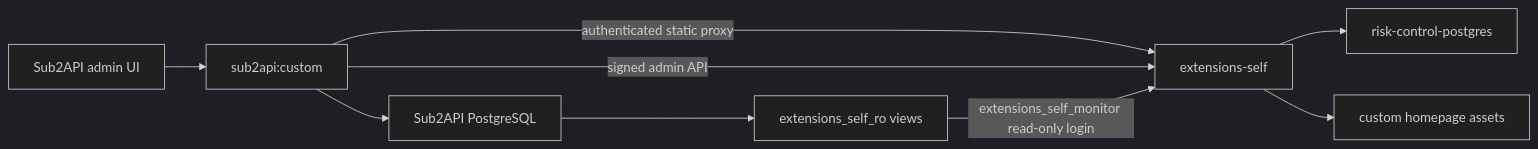
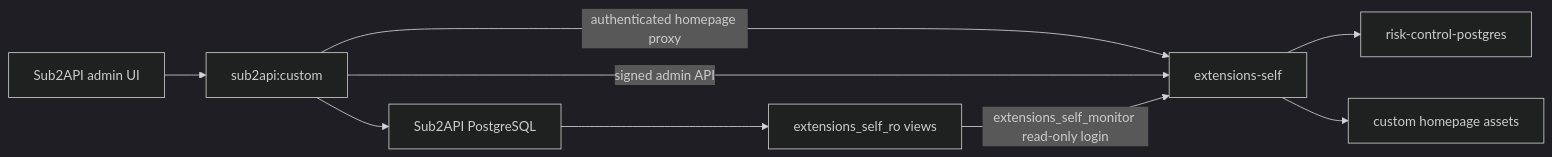
The diagram in docs/EXTENSIONS-SELF-ARCHITECTURE.md (ListenCodes/sub2api), drawn with Mermaid (dark theme) before and after one commit. The commit also changed other lines of this file and 22 other files, not shown here.

````diff
--- a/docs/EXTENSIONS-SELF-ARCHITECTURE.md
+++ b/docs/EXTENSIONS-SELF-ARCHITECTURE.md
@@ -5,11 +5,11 @@
 ```mermaid
 flowchart LR
   UI["Sub2API admin UI"] --> MAIN["sub2api:custom"]
-  MAIN -->|"authenticated static proxy"| EXT["extensions-self"]
+  MAIN -->|"authenticated homepage proxy"| EXT["extensions-self"]
   MAIN -->|"signed admin API"| EXT
   MAIN --> PG["Sub2API PostgreSQL"]
   PG --> VIEWS["extensions_self_ro views"]
   VIEWS -->|"extensions_self_monitor read-only login"| EXT
   EXT --> RISKDB["risk-control-postgres"]
   EXT --> HOME["custom homepage assets"]
 ```
````
